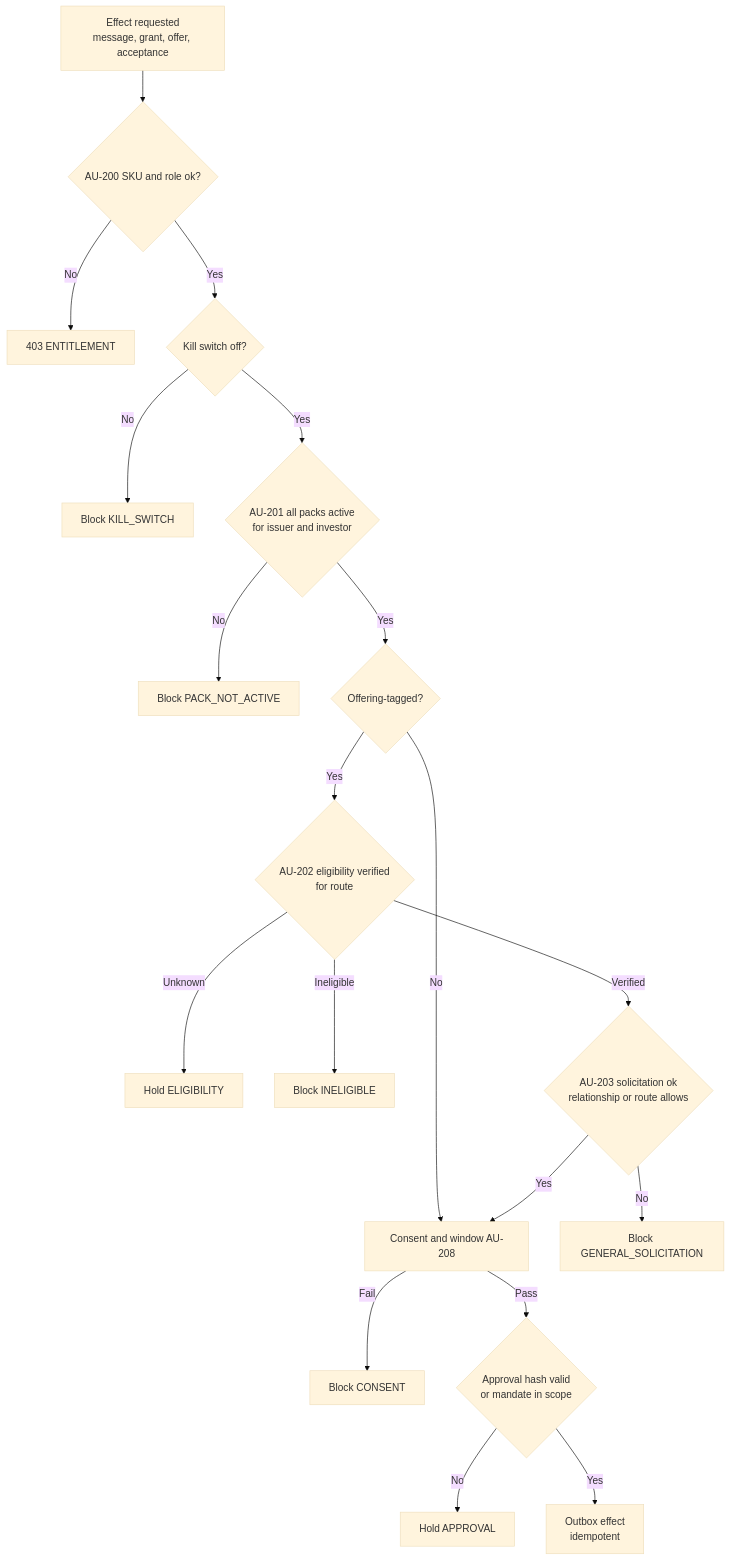
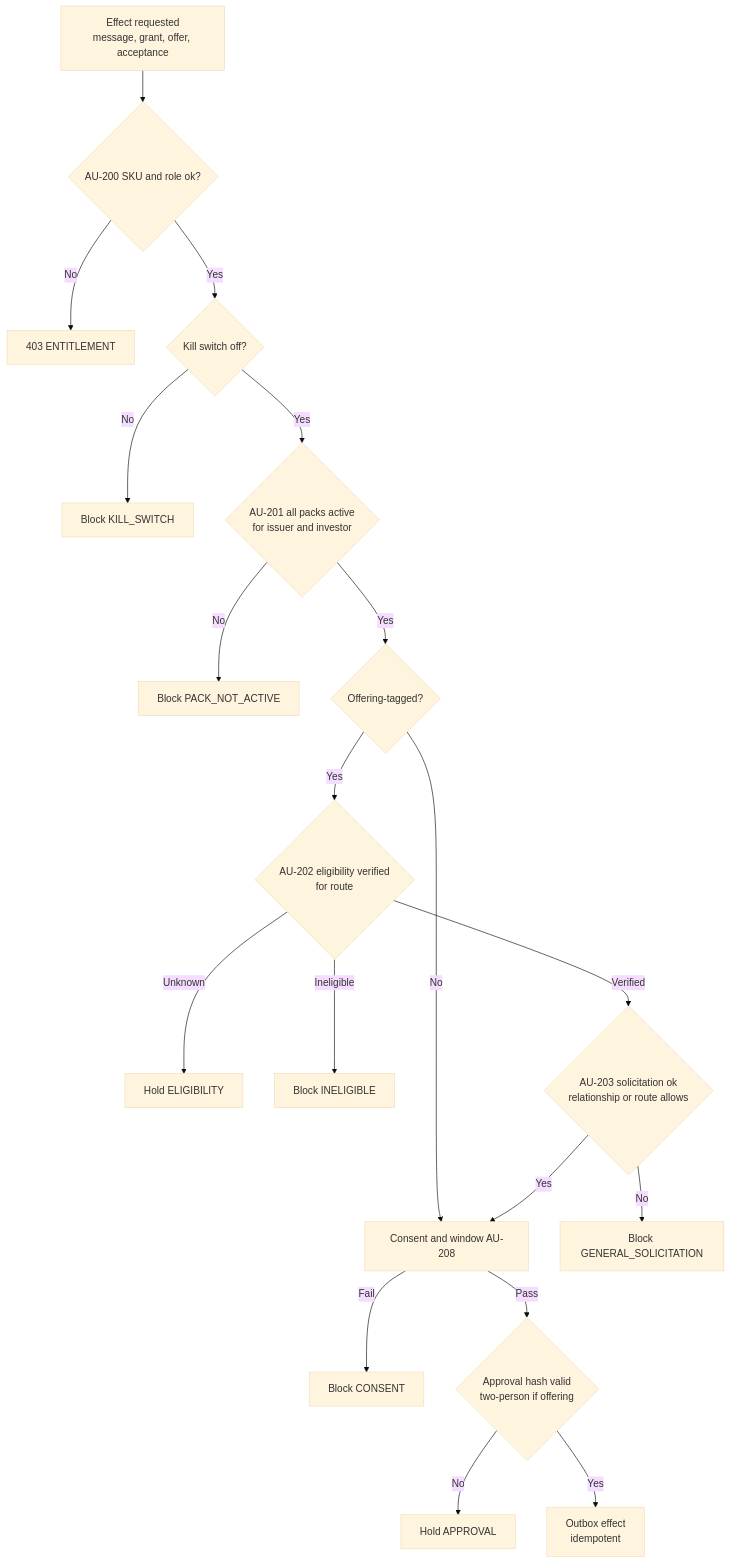
The third of 4 diagrams in blueprint/Part-11-16a_Investment_Automation_I_Investor_Mode_and_INV-SVC-01-12.md (vishnukeerthi0428-ctrl/Allinonecalculator), drawn with Mermaid (base theme) before and after one commit. The commit also changed other lines of this file and 16 other files, not shown here.

````diff
--- a/blueprint/Part-11-16a_Investment_Automation_I_Investor_Mode_and_INV-SVC-01-12.md
+++ b/blueprint/Part-11-16a_Investment_Automation_I_Investor_Mode_and_INV-SVC-01-12.md
@@ -705,21 +705,21 @@
 ```mermaid
 flowchart TD
   A["Effect requested<br/>message, grant, offer, acceptance"] --> B{"AU-200 SKU and role ok?"}
   B -- "No" --> X1["403 ENTITLEMENT"]
   B -- "Yes" --> C{"Kill switch off?"}
   C -- "No" --> X2["Block KILL_SWITCH"]
   C -- "Yes" --> D{"AU-201 all packs active<br/>for issuer and investor"}
   D -- "No" --> X3["Block PACK_NOT_ACTIVE"]
   D -- "Yes" --> E{"Offering-tagged?"}
   E -- "No" --> H["Consent and window AU-208"]
   E -- "Yes" --> F{"AU-202 eligibility verified<br/>for route"}
   F -- "Unknown" --> X4["Hold ELIGIBILITY"]
   F -- "Ineligible" --> X5["Block INELIGIBLE"]
   F -- "Verified" --> G{"AU-203 solicitation ok<br/>relationship or route allows"}
   G -- "No" --> X6["Block GENERAL_SOLICITATION"]
   G -- "Yes" --> H
   H -- "Fail" --> X7["Block CONSENT"]
-  H -- "Pass" --> I{"Approval hash valid<br/>or mandate in scope"}
+  H -- "Pass" --> I{"Approval hash valid<br/>two-person if offering"}
   I -- "No" --> X8["Hold APPROVAL"]
   I -- "Yes" --> J["Outbox effect<br/>idempotent"]
 ```
````
